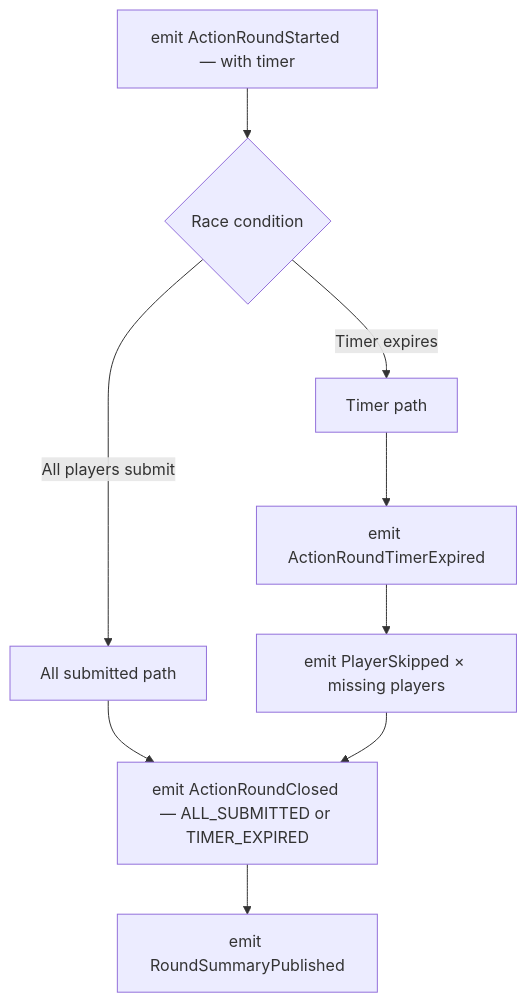
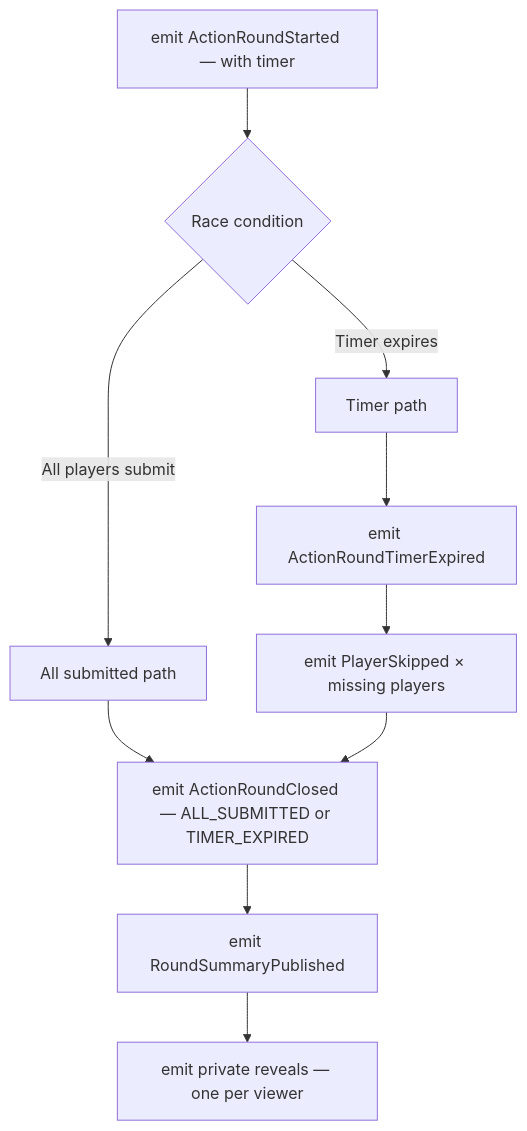
The diagram in sagas/action-round.mdx (temporal-rift/docs), drawn with Mermaid before and after one commit. The commit also changed other lines of this file and 11 other files, not shown here.

````diff
--- a/sagas/action-round.mdx
+++ b/sagas/action-round.mdx
@@ -12,11 +12,12 @@
 ```mermaid
 flowchart TD
   A[emit ActionRoundStarted — with timer] --> B{Race condition}
   B -->|All players submit| C[All submitted path]
   B -->|Timer expires| D[Timer path]
   D --> E[emit ActionRoundTimerExpired]
   E --> F[emit PlayerSkipped × missing players]
   C --> G[emit ActionRoundClosed — ALL_SUBMITTED or TIMER_EXPIRED]
   F --> G
   G --> H[emit RoundSummaryPublished]
+  H --> I[emit private reveals — one per viewer]
 ```
````
